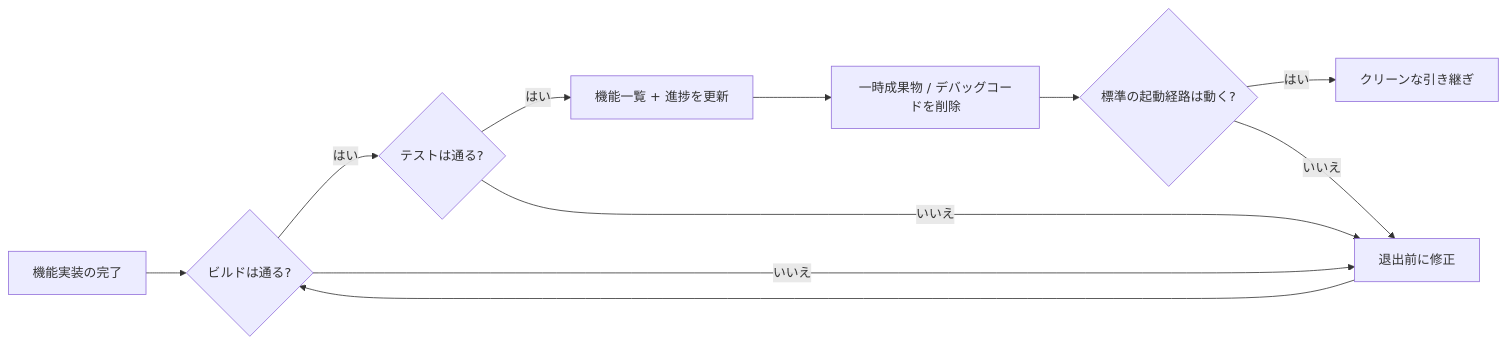
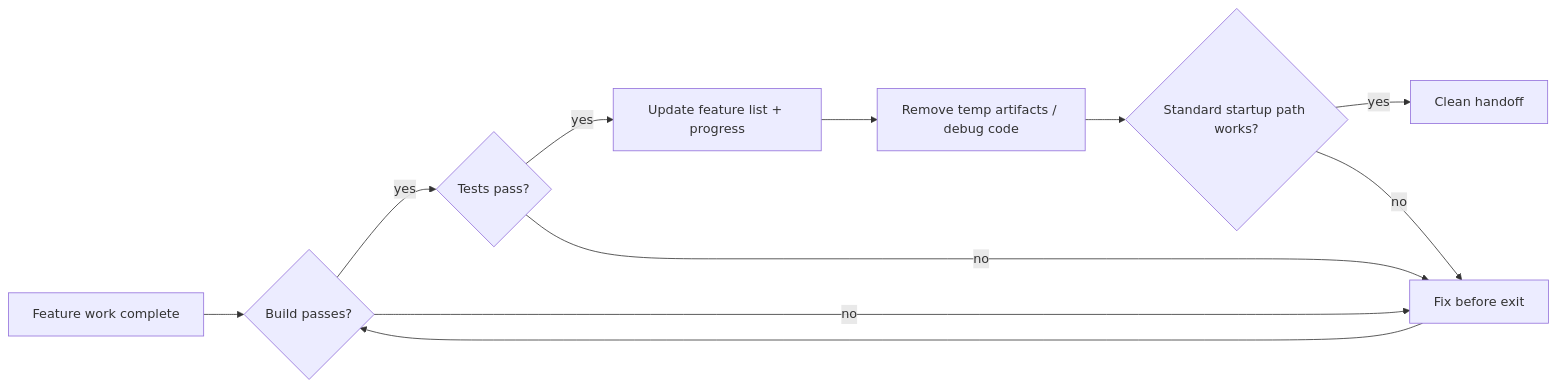
Before and after one commit to mkusaka/learn-harness-engineering: the first of 2 diagrams in docs/en/lectures/lecture-12-why-every-session-must-leave-a-clean-state/index.md, drawn with Mermaid. The commit also changed other lines of this file and 684 other files, not shown here.

````diff
--- a/docs/en/lectures/lecture-12-why-every-session-must-leave-a-clean-state/index.md
+++ b/docs/en/lectures/lecture-12-why-every-session-must-leave-a-clean-state/index.md
@@ -25,13 +25,13 @@
 ```mermaid
 flowchart LR
-    Work["機能実装の完了"] --> Build{"ビルドは通る?"}
-    Build -->|はい| Test{"テストは通る?"}
-    Build -->|いいえ| Fix["退出前に修正"]
-    Test -->|はい| Record["機能一覧 + 進捗を更新"]
-    Test -->|いいえ| Fix
-    Record --> Cleanup["一時成果物 / デバッグコードを削除"]
-    Cleanup --> Startup{"標準の起動経路は動く?"}
-    Startup -->|はい| Clean["クリーンな引き継ぎ"]
-    Startup -->|いいえ| Fix
+    Work["Feature work complete"] --> Build{"Build passes?"}
+    Build -->|yes| Test{"Tests pass?"}
+    Build -->|no| Fix["Fix before exit"]
+    Test -->|yes| Record["Update feature list + progress"]
+    Test -->|no| Fix
+    Record --> Cleanup["Remove temp artifacts / debug code"]
+    Cleanup --> Startup{"Standard startup path works?"}
+    Startup -->|yes| Clean["Clean handoff"]
+    Startup -->|no| Fix
     Fix --> Build
 ```
````
